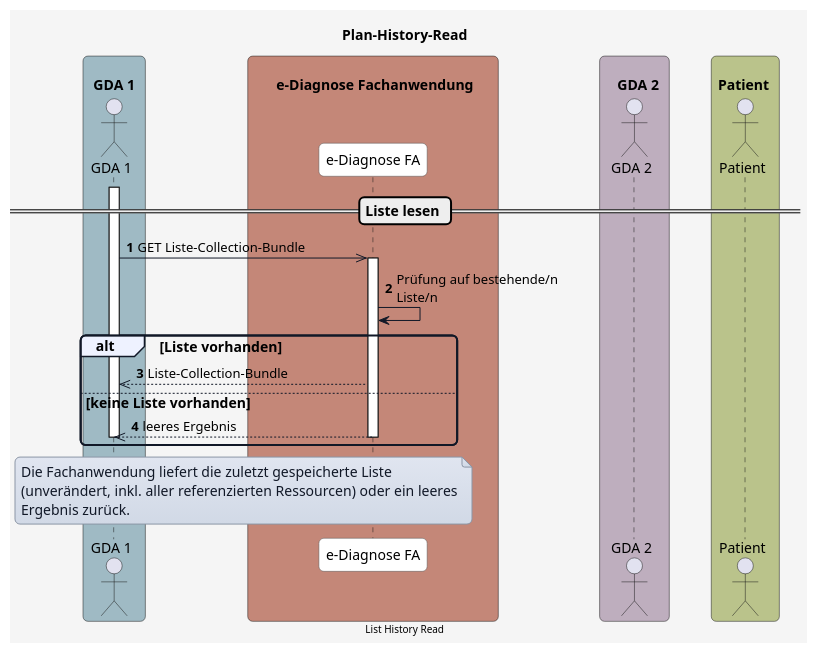
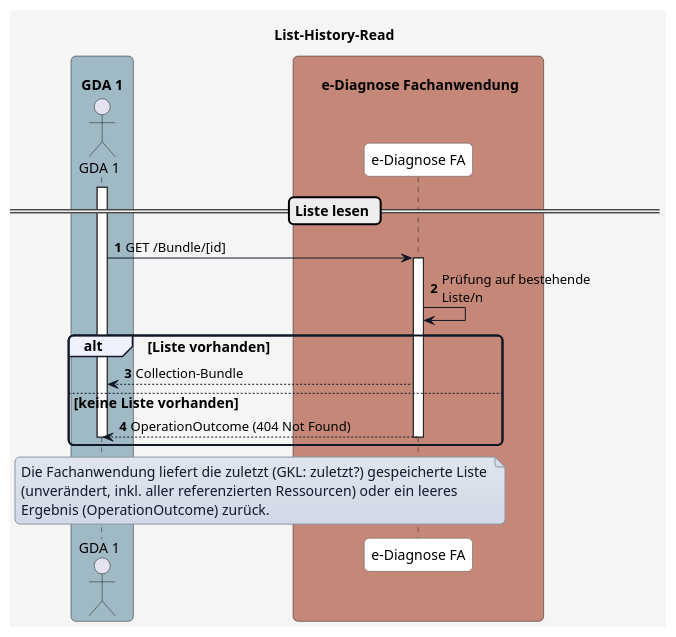
The diagram in plantuml/diagram_planhistoryread.plantuml (HL7Austria/ELGA-e-Diagnose-R4), drawn with PlantUML before and after one commit. The commit also changed 8 other files, not shown here.

```diff
--- a/plantuml/diagram_planhistoryread.plantuml
+++ b/plantuml/diagram_planhistoryread.plantuml
@@ -1,89 +1,80 @@
 @startuml
-title Plan-History-Read
+title List-History-Read
 
 skinparam borderColor #000000
 skinparam backgroundColor #f5f5f5
 skinparam shadowing false
 skinparam roundCorner 10
 skinparam defaultFontName "Arial"
 skinparam defaultFontSize 14
 skinparam defaultFontColor #000000
 skinparam HyperlinkColor #0000EE
 skinparam HyperlinkUnderline false
 skinparam BoxPadding 20
 skinparam BoxBorderColor #555555
 
 skinparam note {
   BackgroundColor #e0e5f0-#d1d9e6
   BorderColor #8b95a5
   BorderThickness 1
   RoundCorner 0
   Padding 6
   FontColor #111827
   Shadowing false
 }
 
 skinparam HyperlinkColor #0000EE
 skinparam HyperlinkUnderline false
 
 skinparam sequence {
   ParticipantBorderColor #555555
   ParticipantBackgroundColor #ffffff
   ParticipantFontColor #000000
   ParticipantFontSize 14
   ParticipantPadding 20
   ArrowColor #111827
   ArrowThickness 1
   ArrowFontColor #000000
   ArrowFontSize 13
   GroupBorderColor #111827
   GroupBackgroundColor #eef2ff
   GroupBorderThickness 2
 }
 
 skinparam BoxPadding 20
 skinparam BoxBorderColor #555555
 
 box "\n  GDA 1  " #9fbac4
   actor GDA_1 as "GDA 1"
 end box
 
 box "\n       e-Diagnose Fachanwendung      " #C48778
   participant eDiag_FA as "e-Diagnose FA"
 end box
 
-box "\n    GDA 2  " #beaebe
-  actor GDA_2 as "GDA 2"
-end box
-
-box "\n Patient  " #bac38b
-  actor Patient as "Patient"
-end box
-
 autonumber
 
 == Liste lesen ==
 
 activate GDA_1
-GDA_1 ->> eDiag_FA: GET Liste-Collection-Bundle
+GDA_1 -> eDiag_FA: GET /Bundle/[id]
 
 
 activate eDiag_FA 
-eDiag_FA -> eDiag_FA: Prüfung auf bestehende/n\nListe/n
+eDiag_FA -> eDiag_FA: Prüfung auf bestehende\nListe/n
 
 alt Liste vorhanden
-  eDiag_FA -->> GDA_1: Liste-Collection-Bundle
+  eDiag_FA --> GDA_1: Collection-Bundle
 else keine Liste vorhanden
-  eDiag_FA -->> GDA_1: leeres Ergebnis
+  eDiag_FA --> GDA_1: OperationOutcome (404 Not Found)
   deactivate GDA_1
   deactivate eDiag_FA
 end
 
 note over GDA_1, eDiag_FA
-Die Fachanwendung liefert die zuletzt gespeicherte Liste 
+Die Fachanwendung liefert die zuletzt (GKL: zuletzt?) gespeicherte Liste 
 (unverändert, inkl. aller referenzierten Ressourcen) oder ein leeres
-Ergebnis zurück.
+Ergebnis (OperationOutcome) zurück.
 end note
 
-center footer List History Read
 @enduml
```
